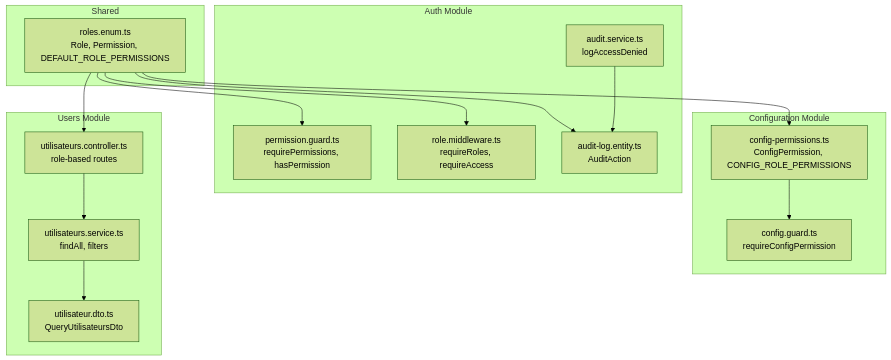
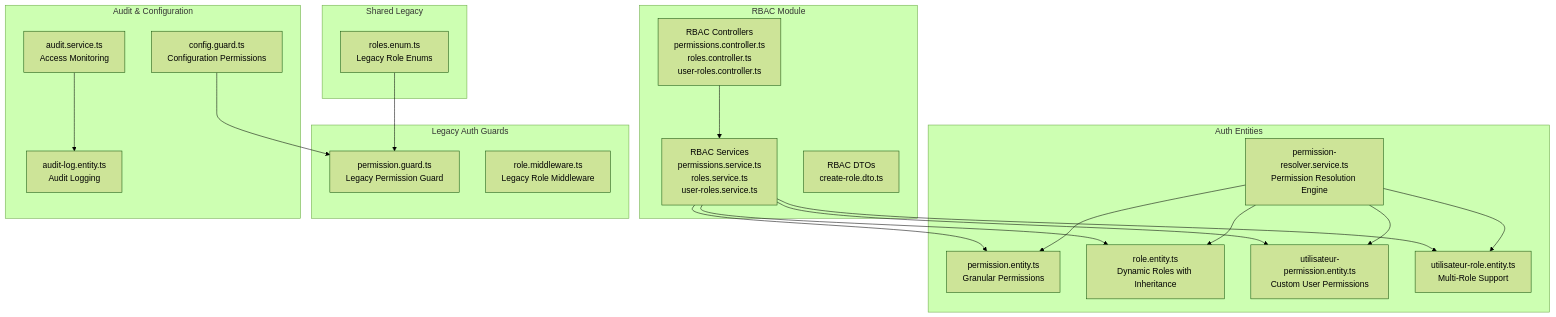
The first of 5 diagrams in .qoder/repowiki/en/content/Authentication & Authorization/Role-Based Access Control.md (franckylab/eLISAschool), drawn with Mermaid (forest theme) before and after one commit. The commit also changed other lines of this file and 75 other files, not shown here.

````diff
--- a/.qoder/repowiki/en/content/Authentication & Authorization/Role-Based Access Control.md
+++ b/.qoder/repowiki/en/content/Authentication & Authorization/Role-Based Access Control.md
@@ -35,30 +64,39 @@
 ```mermaid
 graph TB
-subgraph "Shared"
-Roles["roles.enum.ts<br/>Role, Permission, DEFAULT_ROLE_PERMISSIONS"]
+subgraph "Shared Legacy"
+LegacyRoles["roles.enum.ts<br/>Legacy Role Enums"]
 end
-subgraph "Auth Module"
-PermGuard["permission.guard.ts<br/>requirePermissions, hasPermission"]
-RoleMW["role.middleware.ts<br/>requireRoles, requireAccess"]
-AuditLog["audit-log.entity.ts<br/>AuditAction"]
-AuditSvc["audit.service.ts<br/>logAccessDenied"]
+subgraph "RBAC Module"
+RBACCtrl["RBAC Controllers<br/>permissions.controller.ts<br/>roles.controller.ts<br/>user-roles.controller.ts"]
+RBACServices["RBAC Services<br/>permissions.service.ts<br/>roles.service.ts<br/>user-roles.service.ts"]
+RBACDTO["RBAC DTOs<br/>create-role.dto.ts"]
 end
-subgraph "Configuration Module"
-CPerm["config-permissions.ts<br/>ConfigPermission, CONFIG_ROLE_PERMISSIONS"]
-CGuard["config.guard.ts<br/>requireConfigPermission"]
+subgraph "Auth Entities"
+PermEntity["permission.entity.ts<br/>Granular Permissions"]
+RoleEntity["role.entity.ts<br/>Dynamic Roles with Inheritance"]
+UserPermEntity["utilisateur-permission.entity.ts<br/>Custom User Permissions"]
+UserRoleEntity["utilisateur-role.entity.ts<br/>Multi-Role Support"]
+PermResolver["permission-resolver.service.ts<br/>Permission Resolution Engine"]
 end
-subgraph "Users Module"
-UCtrl["utilisateurs.controller.ts<br/>role-based routes"]
-USvc["utilisateurs.service.ts<br/>findAll, filters"]
-UDtos["utilisateur.dto.ts<br/>QueryUtilisateursDto"]
+subgraph "Legacy Auth Guards"
+PermGuard["permission.guard.ts<br/>Legacy Permission Guard"]
+RoleMW["role.middleware.ts<br/>Legacy Role Middleware"]
 end
-Roles --> PermGuard
-Roles --> RoleMW
-Roles --> CPerm
-Roles --> AuditLog
+subgraph "Audit & Configuration"
+AuditLog["audit-log.entity.ts<br/>Audit Logging"]
+AuditSvc["audit.service.ts<br/>Access Monitoring"]
+ConfigGuard["config.guard.ts<br/>Configuration Permissions"]
+end
+LegacyRoles --> PermGuard
+RBACCtrl --> RBACServices
+RBACServices --> PermEntity
+RBACServices --> RoleEntity
+RBACServices --> UserPermEntity
+RBACServices --> UserRoleEntity
+PermResolver --> PermEntity
+PermResolver --> RoleEntity
+PermResolver --> UserPermEntity
+PermResolver --> UserRoleEntity
 AuditSvc --> AuditLog
-CPerm --> CGuard
-Roles --> UCtrl
-USvc --> UDtos
-UCtrl --> USvc
+ConfigGuard --> PermGuard
 ```
````
